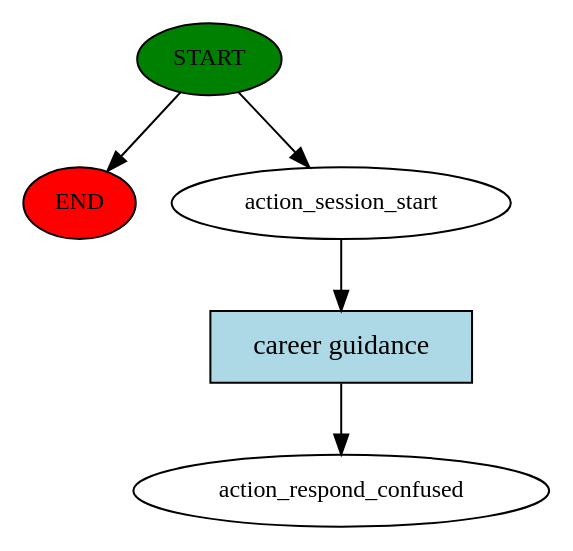
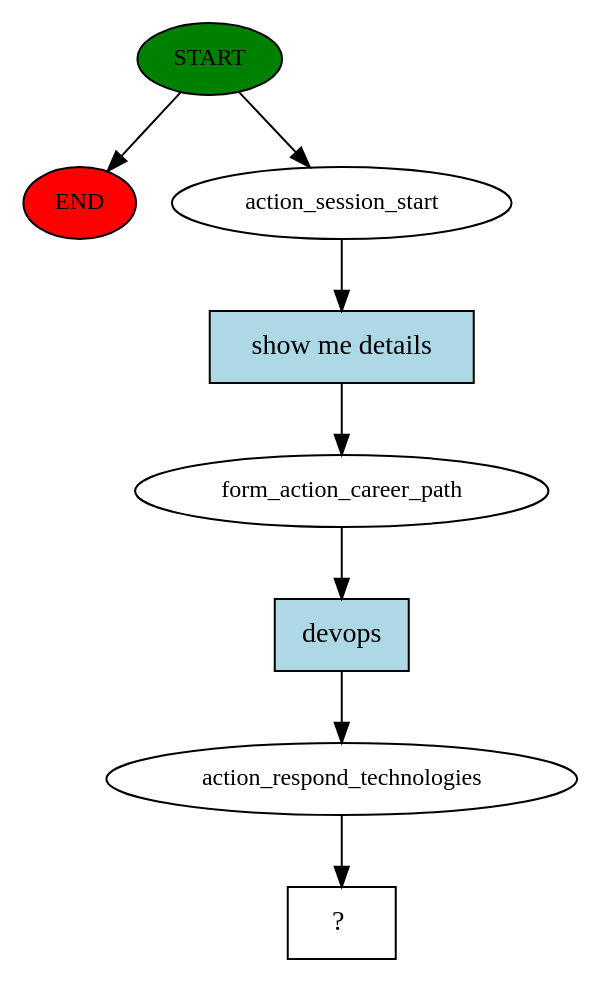
The diagram in story_graph.dot (marvelousdev0/xgeeksbot), drawn with Graphviz before and after one commit. The commit also changed 7 other files, not shown here.

Commit message:
Added career path details action

```diff
--- a/story_graph.dot
+++ b/story_graph.dot
@@ -1,11 +1,17 @@
 digraph  {
 0 [class="start active", fillcolor=green, fontsize=12, label=START, style=filled];
 "-1" [class=end, fillcolor=red, fontsize=12, label=END, style=filled];
 1 [class=active, fontsize=12, label=action_session_start];
-2 [class="dashed active", fontsize=12, label=action_respond_confused];
-3 [class="intent active", fillcolor=lightblue, label="career guidance", shape=rect, style=filled];
+2 [class=active, fontsize=12, label=form_action_career_path];
+3 [class=active, fontsize=12, label=action_respond_technologies];
+4 [class="intent dashed active", label="  ?  ", shape=rect];
+5 [class="intent active", fillcolor=lightblue, label="show me details", shape=rect, style=filled];
+6 [class="intent active", fillcolor=lightblue, label=devops, shape=rect, style=filled];
 0 -> "-1"  [class="", key=NONE, label=""];
 0 -> 1  [class=active, key=NONE, label=""];
-1 -> 3  [class=active, key=0];
-3 -> 2  [class=active, key=0];
+1 -> 5  [class=active, key=0];
+2 -> 6  [class=active, key=0];
+3 -> 4  [class=active, key=NONE, label=""];
+5 -> 2  [class=active, key=0];
+6 -> 3  [class=active, key=0];
 }
```
